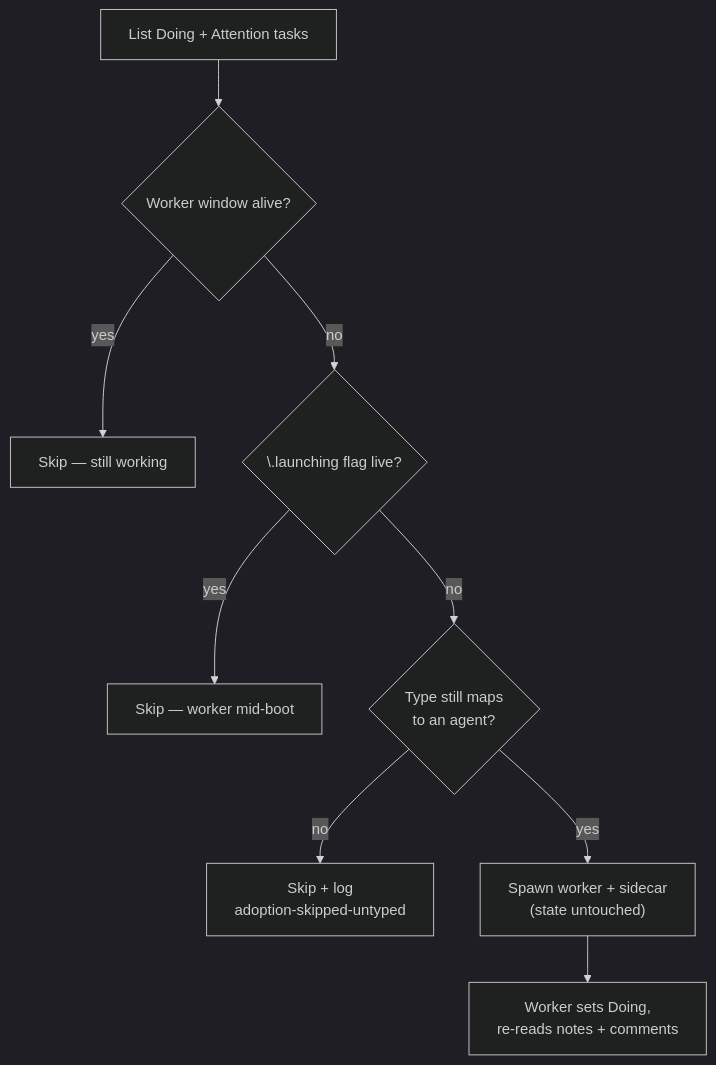
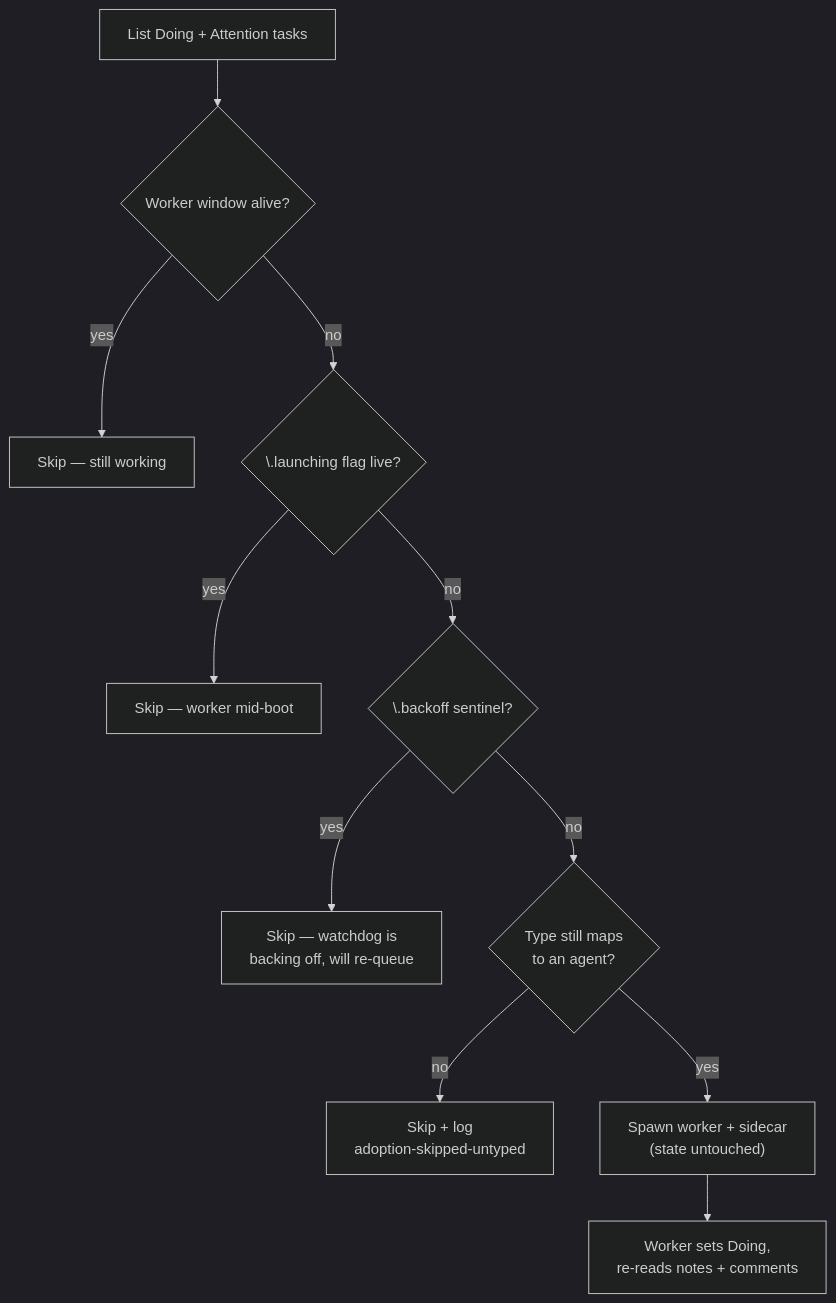
One commit to gara2000/agentmesh changed the first of 8 diagrams in docs/agentic-workflow.md. Above: the diagram before and after it, drawn with Mermaid (dark theme). The commit also changed other lines of this file and 19 other files, not shown here.

````diff
--- a/docs/agentic-workflow.md
+++ b/docs/agentic-workflow.md
@@ -73,12 +79,14 @@
 ```mermaid
 flowchart TD
     List["List Doing + Attention tasks"]
     List --> Live{"Worker window alive?"}
     Live -->|yes| Skip1["Skip — still working"]
     Live -->|no| Launching{"\.launching flag live?"}
     Launching -->|yes| Skip2["Skip — worker mid-boot"]
-    Launching -->|no| Type{"Type still maps<br/>to an agent?"}
+    Launching -->|no| Backoff{"\.backoff sentinel?"}
+    Backoff -->|yes| Skip4["Skip — watchdog is<br/>backing off, will re-queue"]
+    Backoff -->|no| Type{"Type still maps<br/>to an agent?"}
     Type -->|no| Skip3["Skip + log<br/>adoption-skipped-untyped"]
     Type -->|yes| Adopt["Spawn worker + sidecar<br/>(state untouched)"]
     Adopt --> Resume["Worker sets Doing,<br/>re-reads notes + comments"]
 ```
````
